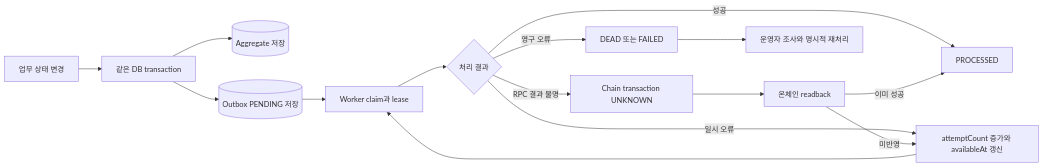
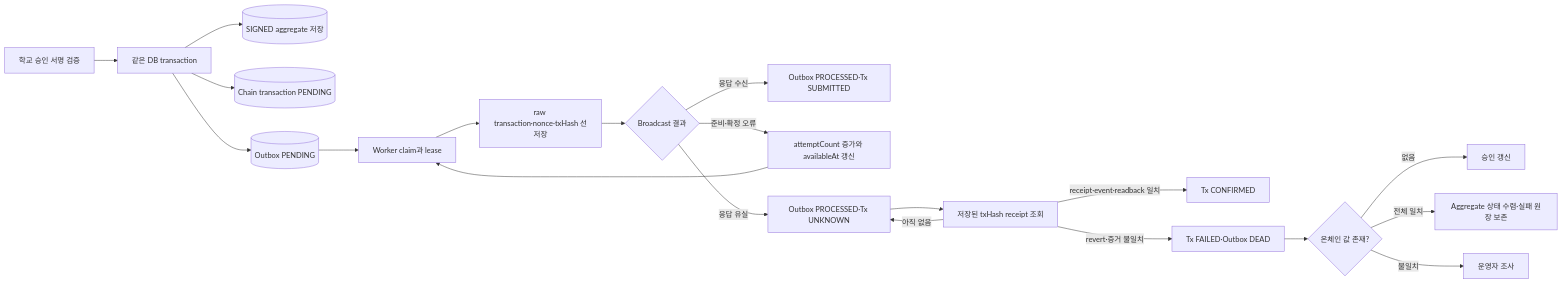
Before and after one commit to Tok-Baro/Trekkey_BackEnd: diagram 19 of 22 in docs/architecture-diagrams.md, drawn with Mermaid. The commit also changed other lines of this file and 123 other files, not shown here.

````diff
--- a/docs/architecture-diagrams.md
+++ b/docs/architecture-diagrams.md
@@ -518,17 +525,22 @@
 ```mermaid
 flowchart LR
-    domainTx["업무 상태 변경"] --> sameTx["같은 DB transaction"]
-    sameTx --> aggregate[("Aggregate 저장")]
-    sameTx --> outbox[("Outbox PENDING 저장")]
+    approval["학교 승인 서명 검증"] --> sameTx["같은 DB transaction"]
+    sameTx --> aggregate[("SIGNED aggregate 저장")]
+    sameTx --> chainTx[("Chain transaction PENDING")]
+    sameTx --> outbox[("Outbox PENDING")]
     outbox --> claim["Worker claim과 lease"]
-    claim --> process{"처리 결과"}
-    process -->|"성공"| processed["PROCESSED"]
-    process -->|"일시 오류"| retry["attemptCount 증가와 availableAt 갱신"]
+    claim --> prepare["raw transaction·nonce·txHash 선저장"]
+    prepare --> process{"Broadcast 결과"}
+    process -->|"응답 수신"| processed["Outbox PROCESSED·Tx SUBMITTED"]
+    process -->|"준비·확정 오류"| retry["attemptCount 증가와 availableAt 갱신"]
     retry --> claim
-    process -->|"RPC 결과 불명"| unknown["Chain transaction UNKNOWN"]
-    unknown --> readback["온체인 readback"]
-    readback -->|"이미 성공"| processed
-    readback -->|"미반영"| retry
-    process -->|"영구 오류"| dead["DEAD 또는 FAILED"]
-    dead --> operator["운영자 조사와 명시적 재처리"]
+    process -->|"응답 유실"| unknown["Outbox PROCESSED·Tx UNKNOWN"]
+    unknown --> receipt["저장된 txHash receipt 조회"]
+    receipt -->|"receipt·event·readback 일치"| confirmed["Tx CONFIRMED"]
+    receipt -->|"아직 없음"| unknown
+    receipt -->|"revert·증거 불일치"| dead["Tx FAILED·Outbox DEAD"]
+    dead --> onchain{"온체인 값 존재?"}
+    onchain -->|"없음"| operator["승인 갱신"]
+    onchain -->|"전체 일치"| reconciled["Aggregate 상태 수렴·실패 원장 보존"]
+    onchain -->|"불일치"| investigate["운영자 조사"]
 ```
````
